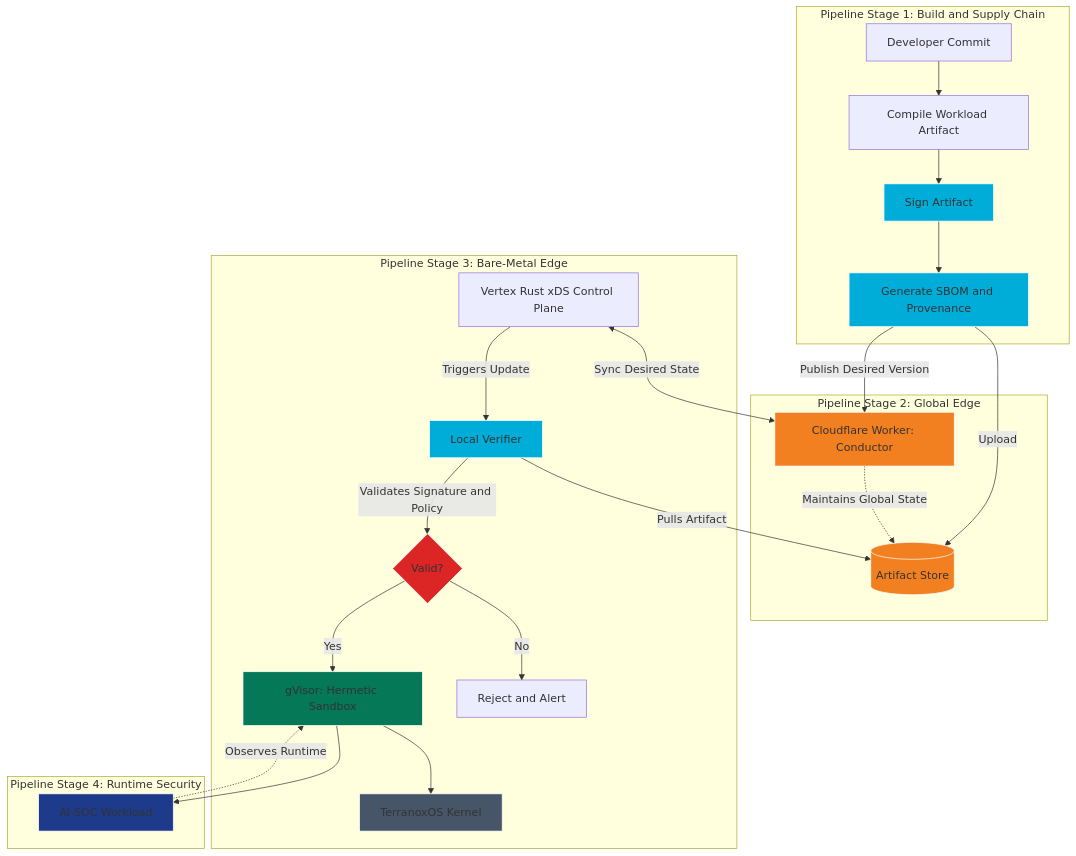
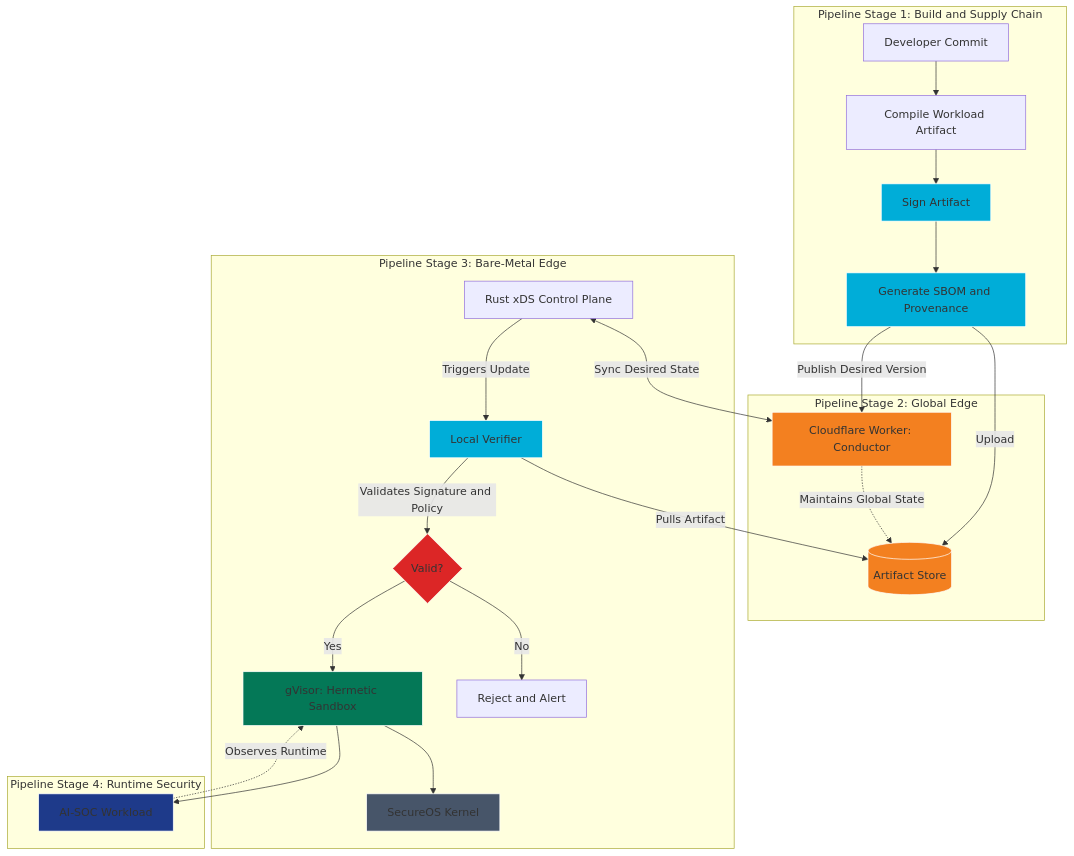
One commit to acald-creator/core-nexus changed the diagram in docs/architecture/09-production-deployment-lifecycle.md. Above: the diagram before and after it, drawn with Mermaid. The commit also changed other lines of this file and 12 other files, not shown here.

````diff
--- a/docs/architecture/09-production-deployment-lifecycle.md
+++ b/docs/architecture/09-production-deployment-lifecycle.md
@@ -29,39 +29,39 @@
 ```mermaid
 graph TD
     subgraph "Pipeline Stage 1: Build and Supply Chain"
         A[Developer Commit] --> B[Compile Workload Artifact]
         B --> C[Sign Artifact]
         C --> D[Generate SBOM and Provenance]
     end
 
     subgraph "Pipeline Stage 2: Global Edge"
         D -->|Upload| E[(Artifact Store)]
         D -->|Publish Desired Version| F[Cloudflare Worker: Conductor]
         F -.->|Maintains Global State| E
     end
 
     subgraph "Pipeline Stage 3: Bare-Metal Edge"
-        G[Vertex Rust xDS Control Plane] <-->|Sync Desired State| F
+        G[Rust xDS Control Plane] <-->|Sync Desired State| F
         G -->|Triggers Update| H[Local Verifier]
         H -->|Pulls Artifact| E
         H -->|Validates Signature and Policy| I{Valid?}
         I -->|Yes| J[gVisor: Hermetic Sandbox]
         I -->|No| K[Reject and Alert]
-        J --> L[TerranoxOS Kernel]
+        J --> L[SecureOS Kernel]
     end
 
     subgraph "Pipeline Stage 4: Runtime Security"
         J --> M[AI-SOC Workload]
         M -.->|Observes Runtime| J
     end
 
     style C fill:#00add8,stroke:#fff
     style D fill:#00add8,stroke:#fff
     style E fill:#f38020,stroke:#fff
     style F fill:#f38020,stroke:#fff
     style H fill:#00add8,stroke:#fff
     style I fill:#dc2626,stroke:#fff
     style J fill:#047857,stroke:#fff
     style L fill:#475569,stroke:#fff
     style M fill:#1e3a8a,stroke:#fff
 ```
````
